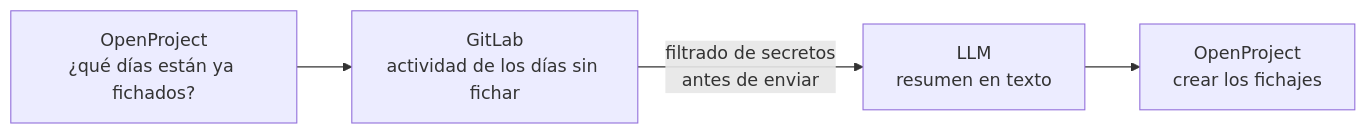
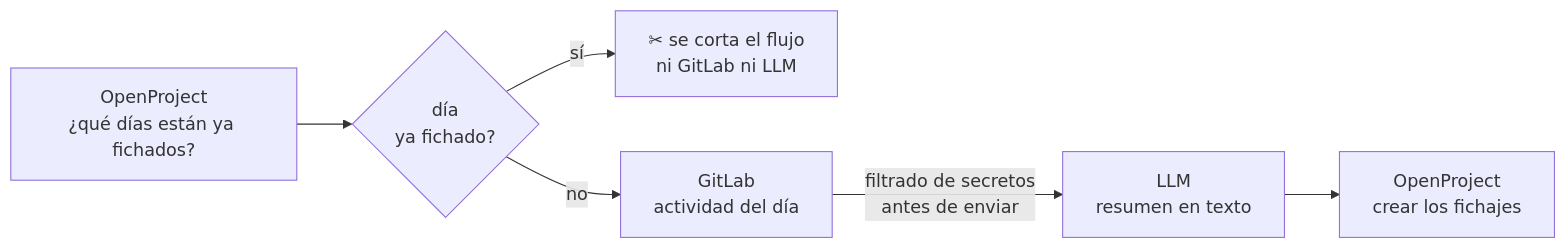
Before and after one commit to rubensr91/fichaje-openproject: the diagram in README.md, drawn with Mermaid. The commit also changed other lines of this file and 2 other files, not shown here.

Commit message:
docs: show that logged days cut the flow before GitLab and LLM

````diff
--- a/README.md
+++ b/README.md
@@ -18,6 +18,8 @@
 ```mermaid
 flowchart LR
-    A["OpenProject<br/>¿qué días están ya fichados?"] --> B["GitLab<br/>actividad de los días sin fichar"]
+    A["OpenProject<br/>¿qué días están ya fichados?"] --> Q{"día<br/>ya fichado?"}
+    Q -- "sí" --> X["✂ se corta el flujo<br/>ni GitLab ni LLM"]
+    Q -- "no" --> B["GitLab<br/>actividad del día"]
     B -- "filtrado de secretos<br/>antes de enviar" --> C["LLM<br/>resumen en texto"]
     C --> D["OpenProject<br/>crear los fichajes"]
 ```
````
